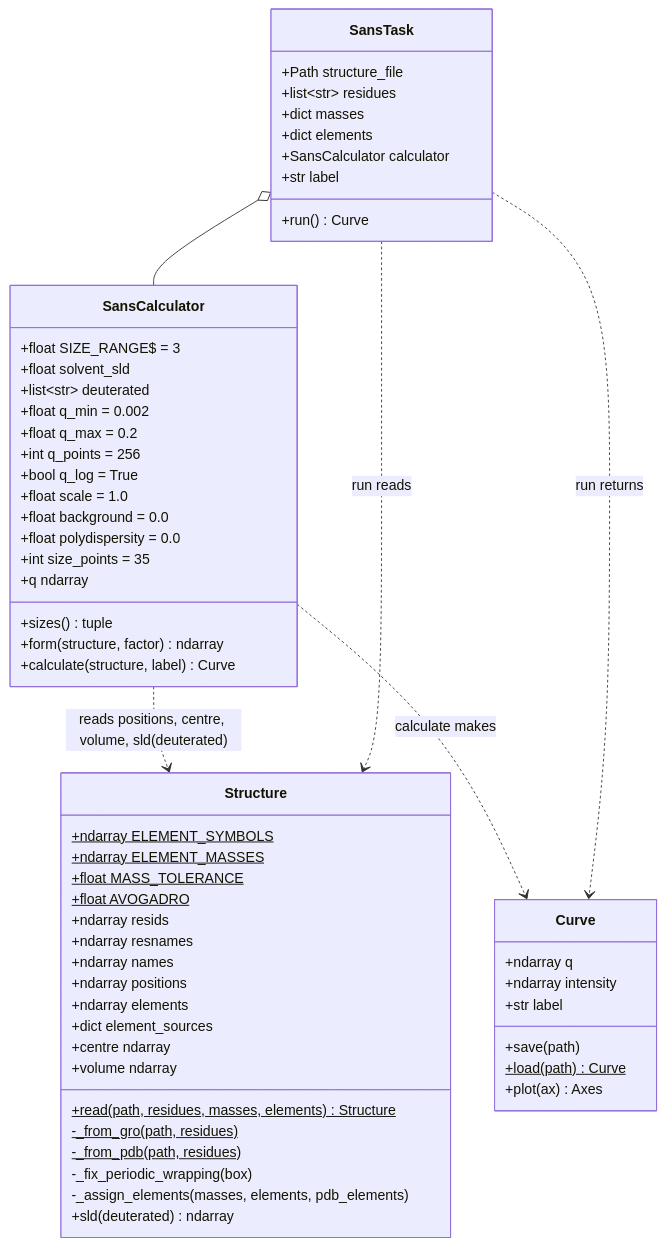
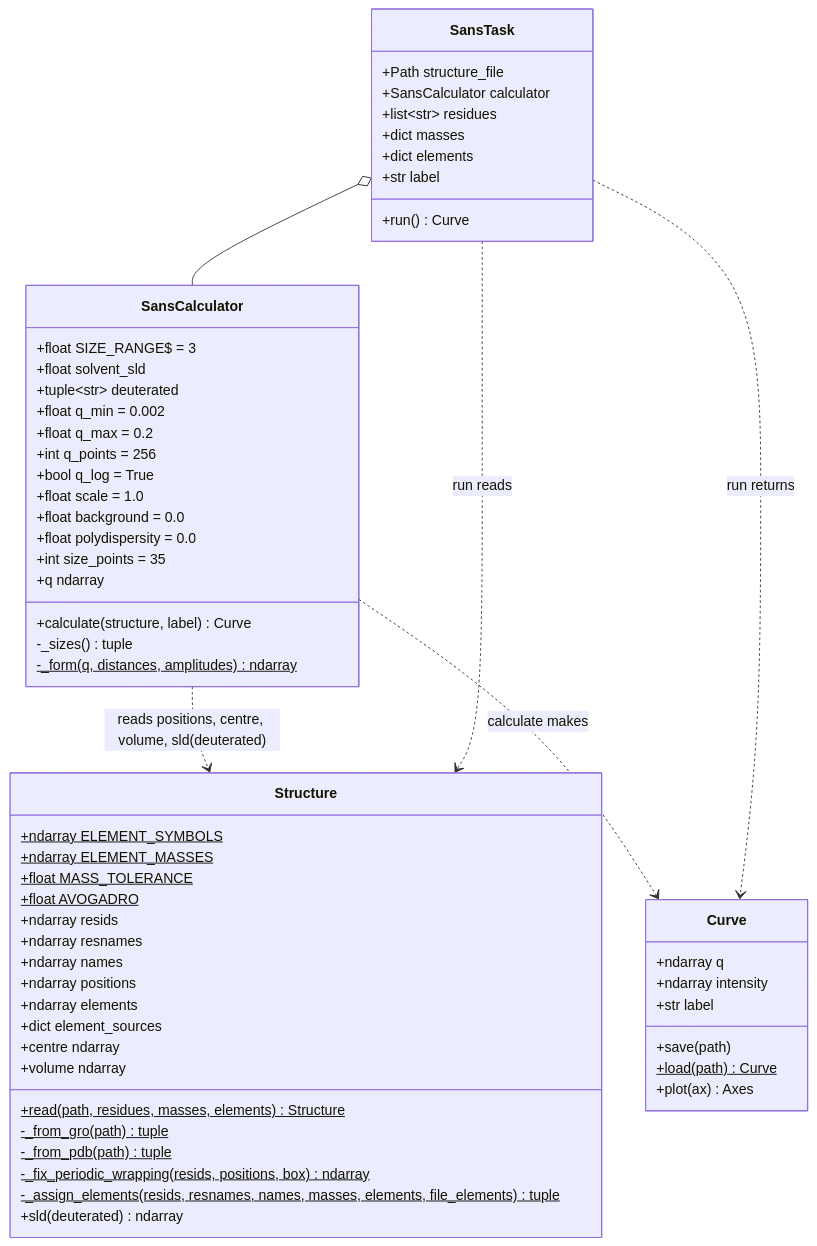
The first of 4 diagrams in README.md (seventil/coords2sans), drawn with Mermaid before and after one commit. The commit also changed other lines of this file and 14 other files, not shown here.

````diff
--- a/README.md
+++ b/README.md
@@ -89,68 +98,68 @@
 ```mermaid
 classDiagram
     direction TB
 
     class Structure {
         +ndarray ELEMENT_SYMBOLS$
         +ndarray ELEMENT_MASSES$
         +float MASS_TOLERANCE$
         +float AVOGADRO$
         +ndarray resids
         +ndarray resnames
         +ndarray names
         +ndarray positions
         +ndarray elements
         +dict element_sources
         +read(path, residues, masses, elements) Structure$
-        -_from_gro(path, residues)$
-        -_from_pdb(path, residues)$
-        -_fix_periodic_wrapping(box)
-        -_assign_elements(masses, elements, pdb_elements)
+        -_from_gro(path) tuple$
+        -_from_pdb(path) tuple$
+        -_fix_periodic_wrapping(resids, positions, box) ndarray$
+        -_assign_elements(resids, resnames, names, masses, elements, file_elements) tuple$
         +centre ndarray
         +volume ndarray
         +sld(deuterated) ndarray
     }
 
     class SansCalculator {
         +float SIZE_RANGE$ = 3
         +float solvent_sld
-        +list~str~ deuterated
+        +tuple~str~ deuterated
         +float q_min = 0.002
         +float q_max = 0.2
         +int q_points = 256
         +bool q_log = True
         +float scale = 1.0
         +float background = 0.0
         +float polydispersity = 0.0
         +int size_points = 35
         +q ndarray
-        +sizes() tuple
-        +form(structure, factor) ndarray
         +calculate(structure, label) Curve
+        -_sizes() tuple
+        -_form(q, distances, amplitudes) ndarray$
     }
 
     class Curve {
         +ndarray q
         +ndarray intensity
         +str label
         +save(path)
         +load(path) Curve$
         +plot(ax) Axes
     }
 
     class SansTask {
         +Path structure_file
+        +SansCalculator calculator
         +list~str~ residues
         +dict masses
         +dict elements
-        +SansCalculator calculator
         +str label
         +run() Curve
     }
 
     SansCalculator ..> Structure : reads positions, centre, volume, sld(deuterated)
     SansCalculator ..> Curve : calculate makes
     SansTask o-- SansCalculator
     SansTask ..> Structure : run reads
     SansTask ..> Curve : run returns
 ```
````
